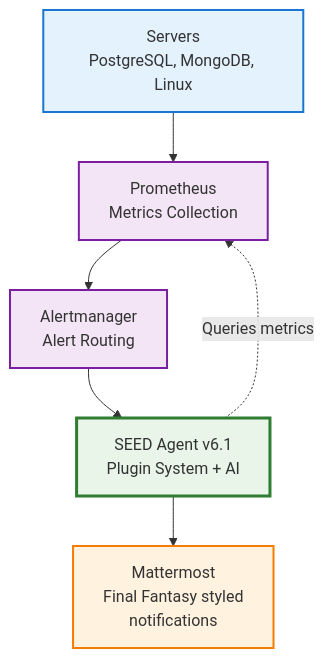
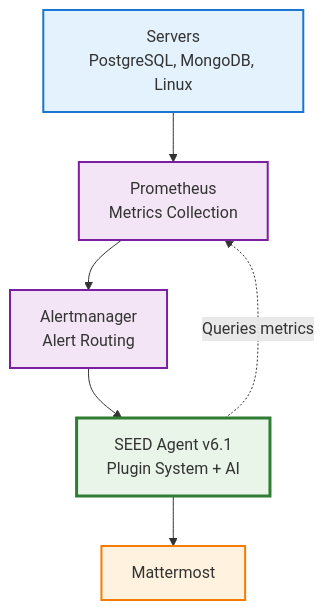
Before and after one commit to Genacvali/seed: the first of 6 diagrams in mermaid_diagram.md, drawn with Mermaid.

````diff
--- a/mermaid_diagram.md
+++ b/mermaid_diagram.md
@@ -5,19 +5,19 @@
 ```mermaid
 flowchart TD
     A["Servers<br/>PostgreSQL, MongoDB, Linux"] --> B["Prometheus<br/>Metrics Collection"]
     B --> C["Alertmanager<br/>Alert Routing"]
     C --> D["SEED Agent v6.1<br/>Plugin System + AI"]
-    D --> E["Mattermost<br/>Final Fantasy styled<br/>notifications"]
+    D --> E["Mattermost<br/>"]
     
     D -.->|"Queries metrics"| B
     
     classDef server fill:#e3f2fd,stroke:#1976d2,stroke-width:2px
     classDef monitor fill:#f3e5f5,stroke:#7b1fa2,stroke-width:2px  
     classDef seed fill:#e8f5e8,stroke:#2e7d32,stroke-width:3px
     classDef output fill:#fff3e0,stroke:#f57c00,stroke-width:2px
     
     class A server
     class B,C monitor
     class D seed
     class E output
 ```
````
